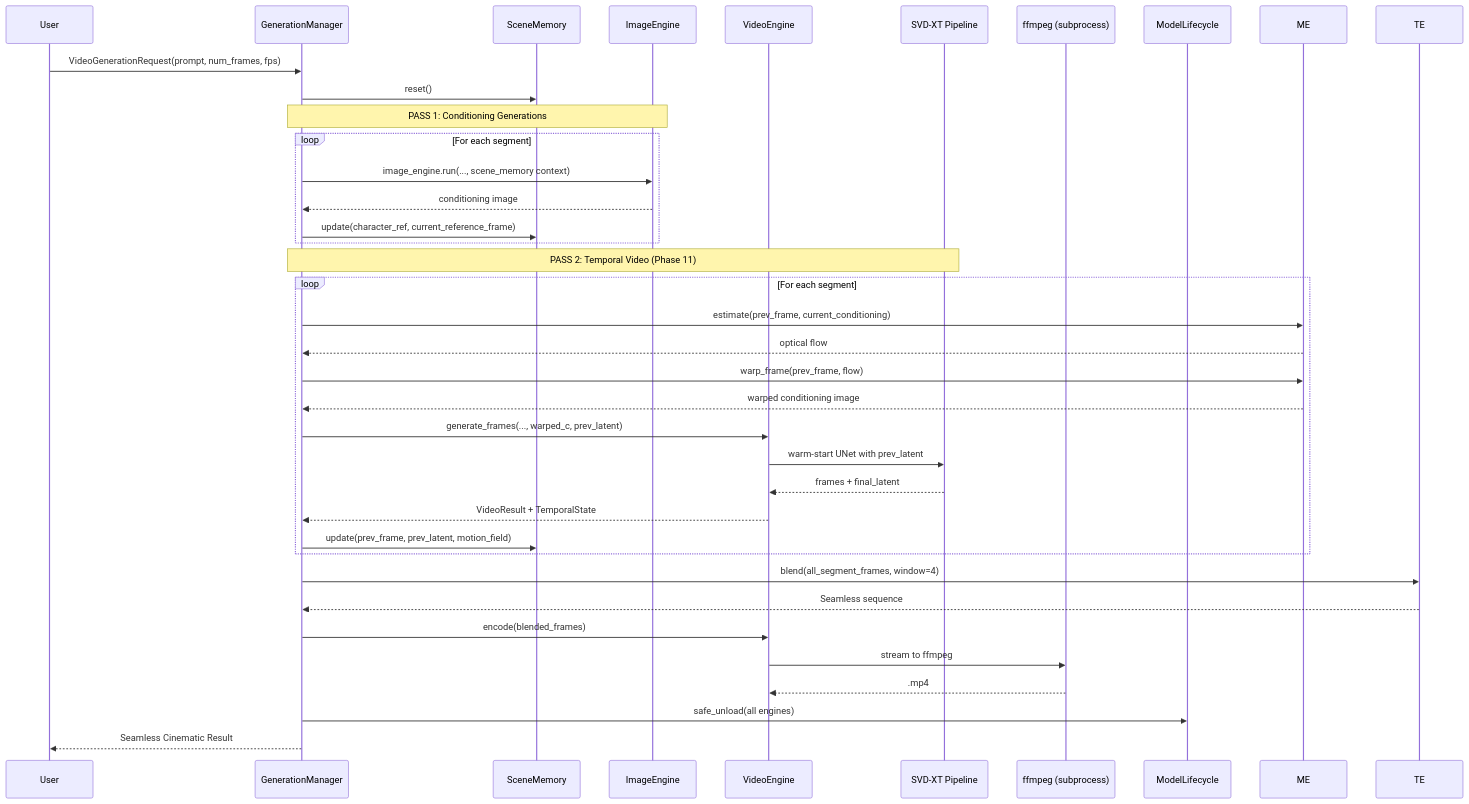
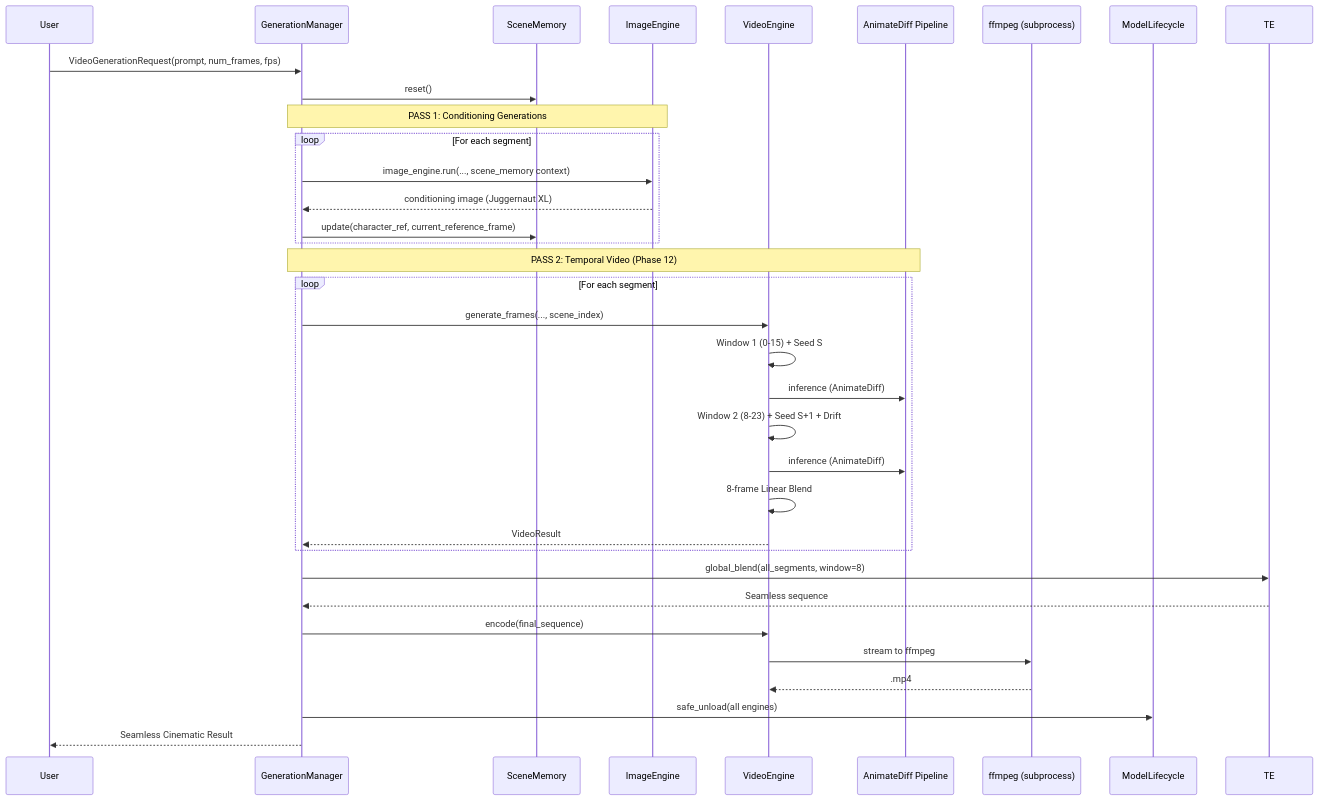
Before and after one commit to SaiKarthik547/multigen: the third of 4 diagrams in README.md, drawn with Mermaid. The commit also changed other lines of this file, not shown here.

````diff
--- a/README.md
+++ b/README.md
@@ -254,45 +250,41 @@
 ```mermaid
 sequenceDiagram
     participant U as User
     participant GM as GenerationManager
     participant SM as SceneMemory
     participant IE as ImageEngine
     participant VE as VideoEngine
-    participant SVD as SVD-XT Pipeline
+    participant AD as AnimateDiff Pipeline
     participant FF as ffmpeg (subprocess)
     participant ML as ModelLifecycle
 
     U->>GM: VideoGenerationRequest(prompt, num_frames, fps)
     GM->>SM: reset()
 
     note over GM,IE: PASS 1: Conditioning Generations
     loop For each segment
         GM->>IE: image_engine.run(..., scene_memory context)
-        IE-->>GM: conditioning image
+        IE-->>GM: conditioning image (Juggernaut XL)
         GM->>SM: update(character_ref, current_reference_frame)
     end
 
-    note over GM,SVD: PASS 2: Temporal Video (Phase 11)
+    note over GM,AD: PASS 2: Temporal Video (Phase 12)
     loop For each segment
-        GM->>ME: estimate(prev_frame, current_conditioning)
-        ME-->>GM: optical flow
-        GM->>ME: warp_frame(prev_frame, flow)
-        ME-->>GM: warped conditioning image
-        
-        GM->>VE: generate_frames(..., warped_c, prev_latent)
-        VE->>SVD: warm-start UNet with prev_latent
-        SVD-->>VE: frames + final_latent
-        VE-->>GM: VideoResult + TemporalState
-        
-        GM->>SM: update(prev_frame, prev_latent, motion_field)
+        GM->>VE: generate_frames(..., scene_index)
+        VE->>VE: Window 1 (0-15) + Seed S
+        VE->>AD: inference (AnimateDiff)
+        VE->>VE: Window 2 (8-23) + Seed S+1 + Drift
+        VE->>AD: inference (AnimateDiff)
+        VE->>VE: 8-frame Linear Blend
+        VE-->>GM: VideoResult
     end
     
-    GM->>TE: blend(all_segment_frames, window=4)
+    GM->>TE: global_blend(all_segments, window=8)
     TE-->>GM: Seamless sequence
-    GM->>VE: encode(blended_frames)
+    GM->>VE: encode(final_sequence)
     VE->>FF: stream to ffmpeg
     FF-->>VE: .mp4
     
     GM->>ML: safe_unload(all engines)
     GM-->>U: Seamless Cinematic Result
 ```
````
